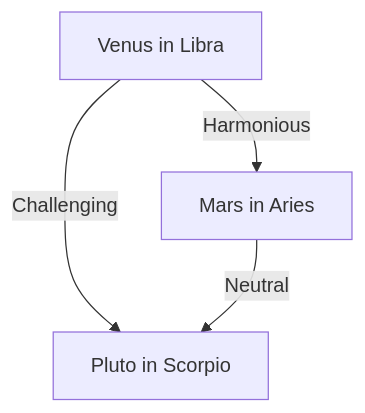
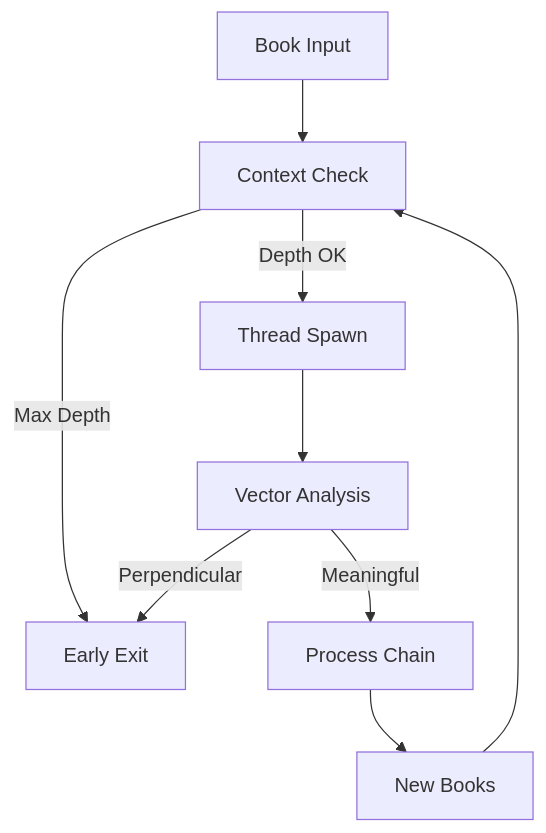
Diagram 26 of 51 in docs/memorativa-design.md (heavyblotto/memorativa), drawn with Mermaid before and after one commit. The commit also changed other lines of this file and 6 other files, not shown here.

Commit message:
Refactor and expand Memorativa design documentation with comprehensive 3D spatial encoding, RAG system, and Glass Bead token architecture

````diff
--- a/docs/memorativa-design.md
+++ b/docs/memorativa-design.md
@@ -1001,6 +2354,11 @@
 ```mermaid
 graph TD
-    A[Venus in Libra] -->|Harmonious| B[Mars in Aries]
-    A -->|Challenging| C[Pluto in Scorpio]
-    B -->|Neutral| C
+    B[Book Input] --> C[Context Check]
+    C -->|Depth OK| T[Thread Spawn]
+    C -->|Max Depth| E[Early Exit]
+    T --> V[Vector Analysis]
+    V -->|Meaningful| P[Process Chain]
+    V -->|Perpendicular| E
+    P --> N[New Books]
+    N --> C
 ```
````
